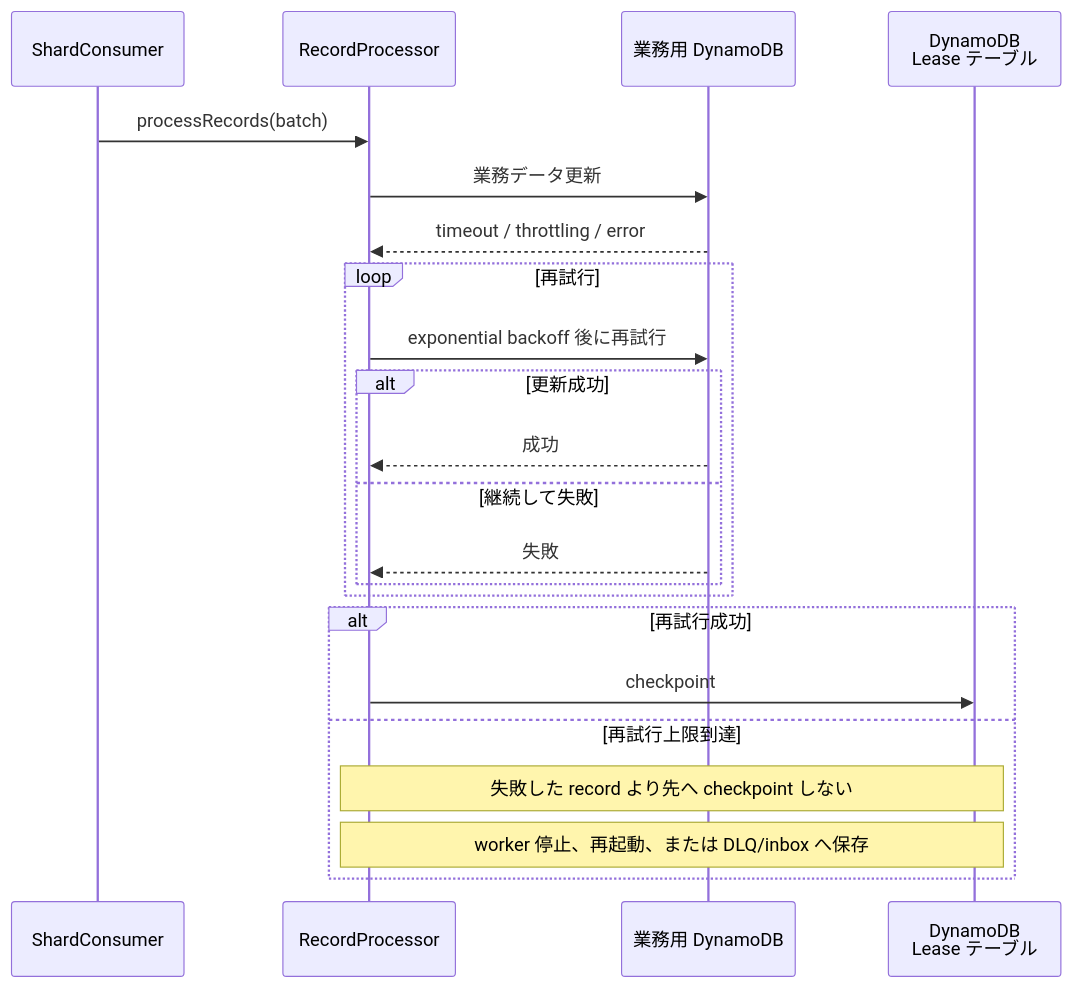
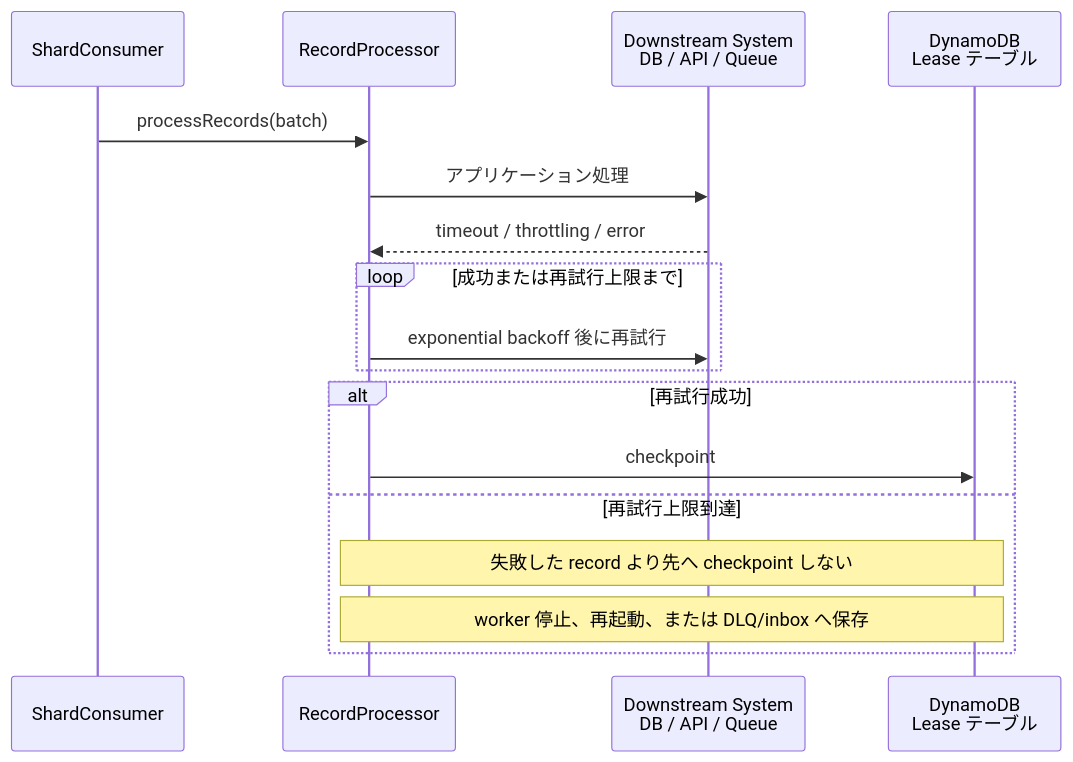
One commit to minimabot/TIL changed the second of 8 diagrams in aws/kinesis/kcl.md. Above: the diagram before and after it, drawn with Mermaid. The commit also changed other lines of this file, not shown here.

````diff
--- a/aws/kinesis/kcl.md
+++ b/aws/kinesis/kcl.md
@@ -38,27 +42,22 @@
 ```mermaid
 sequenceDiagram
     participant C as ShardConsumer
     participant R as RecordProcessor
-    participant B as 業務用 DynamoDB
+    participant B as Downstream System<br/>DB / API / Queue
     participant D as DynamoDB<br/>Lease テーブル
 
     C->>R: processRecords(batch)
-    R->>B: 業務データ更新
+    R->>B: アプリケーション処理
     B-->>R: timeout / throttling / error
 
-    loop 再試行
+    loop 成功または再試行上限まで
         R->>B: exponential backoff 後に再試行
-        alt 更新成功
-            B-->>R: 成功
-        else 継続して失敗
-            B-->>R: 失敗
-        end
     end
 
     alt 再試行成功
         R->>D: checkpoint
     else 再試行上限到達
         Note over R,D: 失敗した record より先へ checkpoint しない
         Note over R,D: worker 停止、再起動、または DLQ/inbox へ保存
     end
 ```
````
